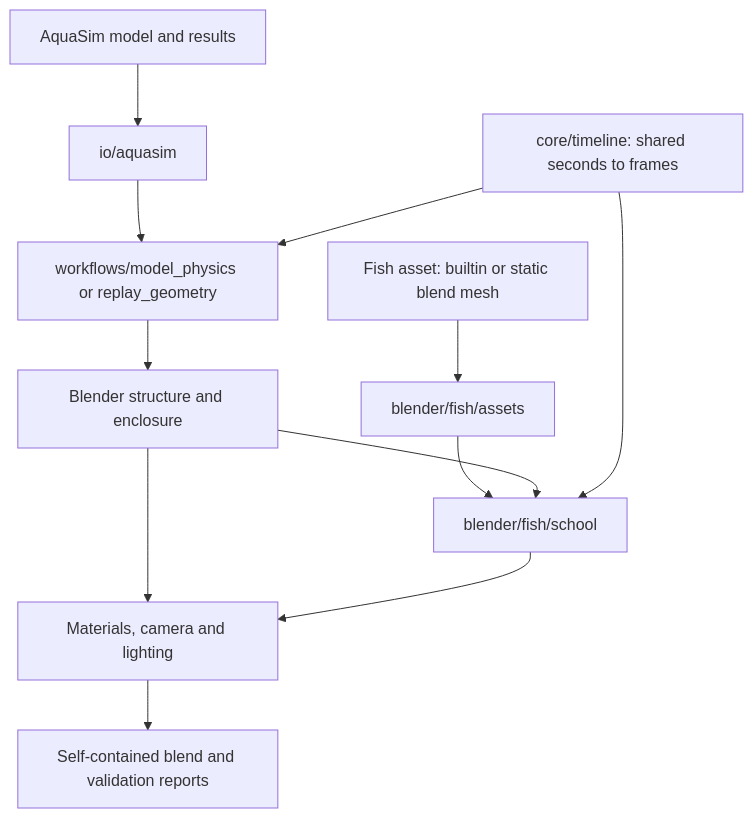
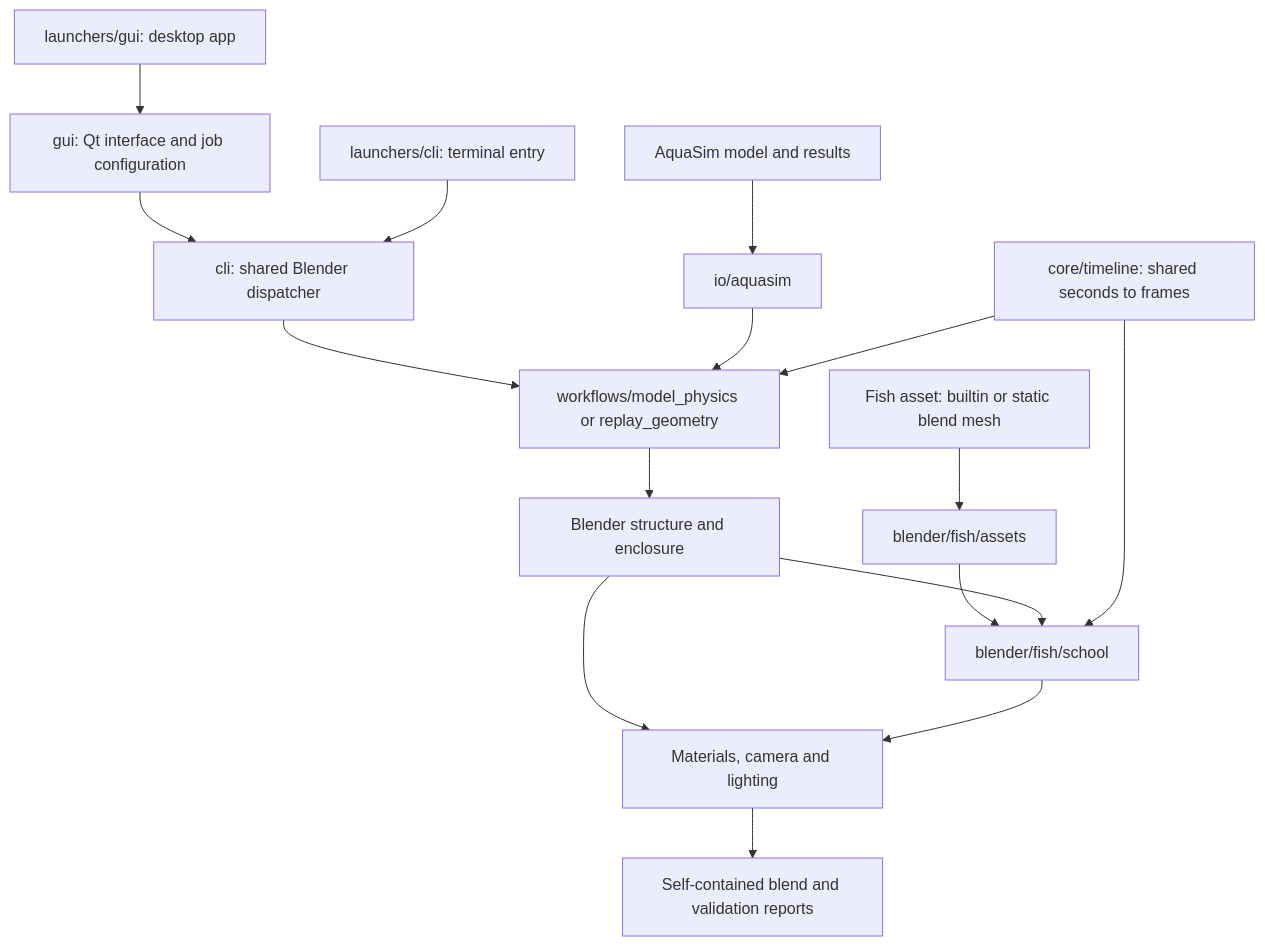
The diagram in docs/architecture.md (hui-aqua/amodelConverters), drawn with Mermaid before and after one commit. The commit also changed other lines of this file and 53 other files, not shown here.

````diff
--- a/docs/architecture.md
+++ b/docs/architecture.md
@@ -5,14 +5,18 @@
 ```mermaid
 flowchart TD
+    GUI[launchers/gui: desktop app] --> Q[gui: Qt interface and job configuration]
+    Q --> CLI[cli: shared Blender dispatcher]
+    TERM[launchers/cli: terminal entry] --> CLI
+    CLI --> C
     A[AquaSim model and results] --> B[io/aquasim]
     B --> C[workflows/model_physics or replay_geometry]
     T[core/timeline: shared seconds to frames] --> C
     C --> D[Blender structure and enclosure]
     E[Fish asset: builtin or static blend mesh] --> F[blender/fish/assets]
     F --> G[blender/fish/school]
     D --> G
     T --> G
     D --> H[Materials, camera and lighting]
     G --> H
     H --> I[Self-contained blend and validation reports]
 ```
````
